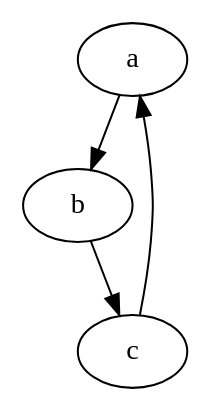
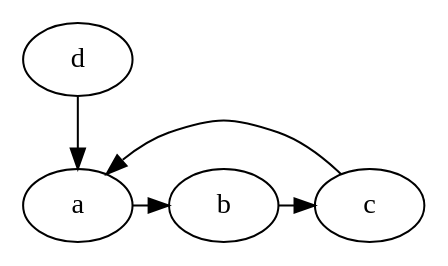
The first of 2 diagrams in test.org (dgtized/dotfiles), drawn with Graphviz before and after one commit.

Commit message:
include some subgraph as a reminder

```diff
--- a/test.org
+++ b/test.org
@@ -70,7 +70,12 @@
 #+BEGIN_SRC dot :file tmp/dot.png
   digraph {
     a -> b
     b -> c
     c -> a
+    subgraph {
+      rank=same
+      a b c
+    }
+    d -> a
   }
 #+END_SRC
```
